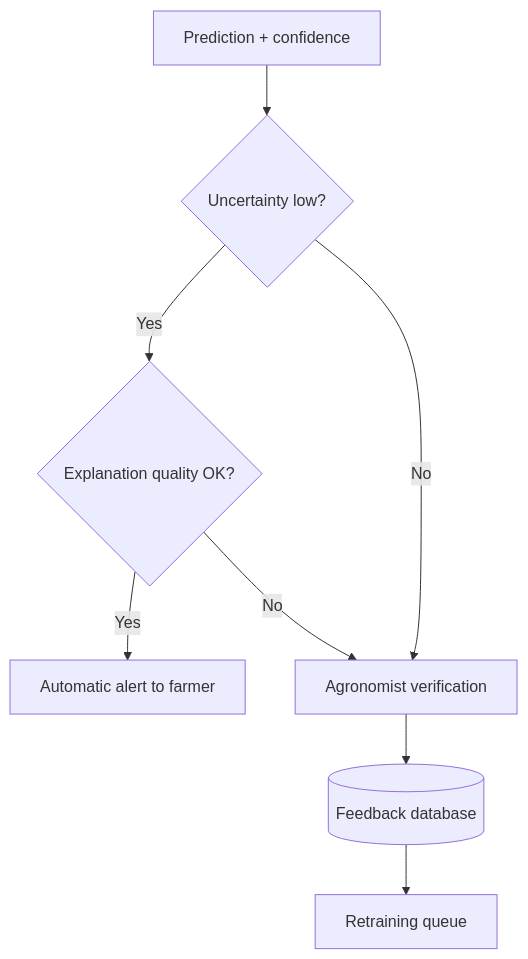
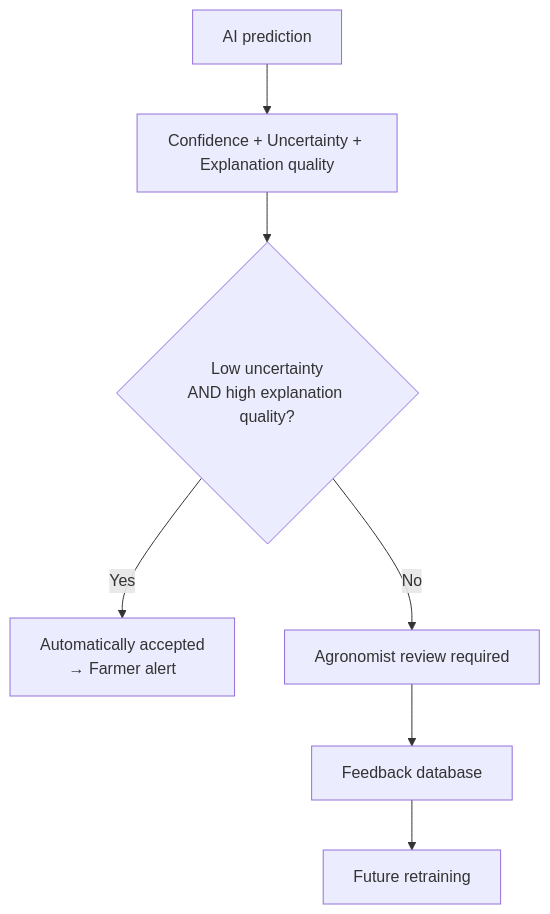
One commit to keshavsukhija9/CropDiseaseXAI_Azure_Cloud_Project_2026 changed the sixth of 11 diagrams in ARCHITECTURE.md. Above: the diagram before and after it, drawn with Mermaid. The commit also changed other lines of this file, not shown here.

Commit message:
Updated Architecture of project

````diff
--- a/ARCHITECTURE.md
+++ b/ARCHITECTURE.md
@@ -261,10 +352,9 @@
 ```mermaid
 flowchart TD
-    P["Prediction + confidence"] --> U{"Uncertainty low?"}
-    U -->|"Yes"| Q{"Explanation quality OK?"}
-    Q -->|"Yes"| A["Automatic alert to farmer"]
-    Q -->|"No"| R
-    U -->|"No"| R["Agronomist verification"]
-    R --> FB[("Feedback database")]
-    FB --> RT["Retraining queue"]
+    P["AI prediction"] --> CU["Confidence + Uncertainty + Explanation quality"]
+    CU --> Q{"Low uncertainty<br/>AND high explanation quality?"}
+    Q -->|Yes| AUTO["Automatically accepted<br/>→ Farmer alert"]
+    Q -->|No| REV["Agronomist review required"]
+    REV --> FB["Feedback database"]
+    FB --> RT["Future retraining"]
 ```
````
